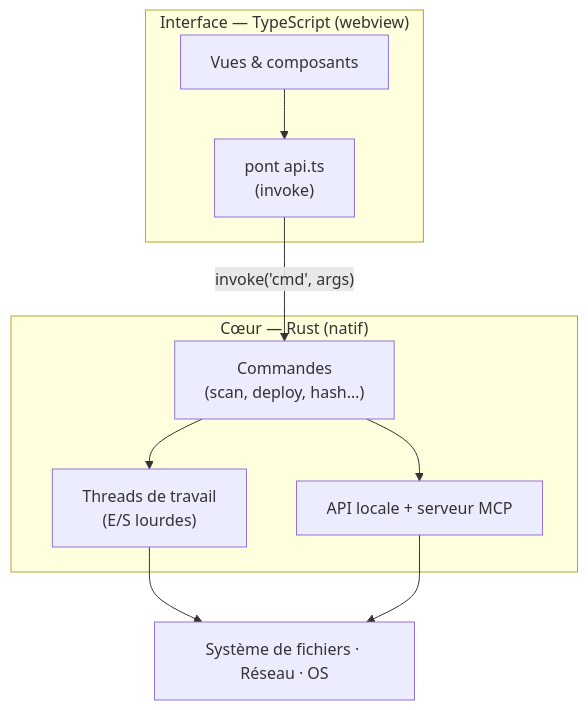
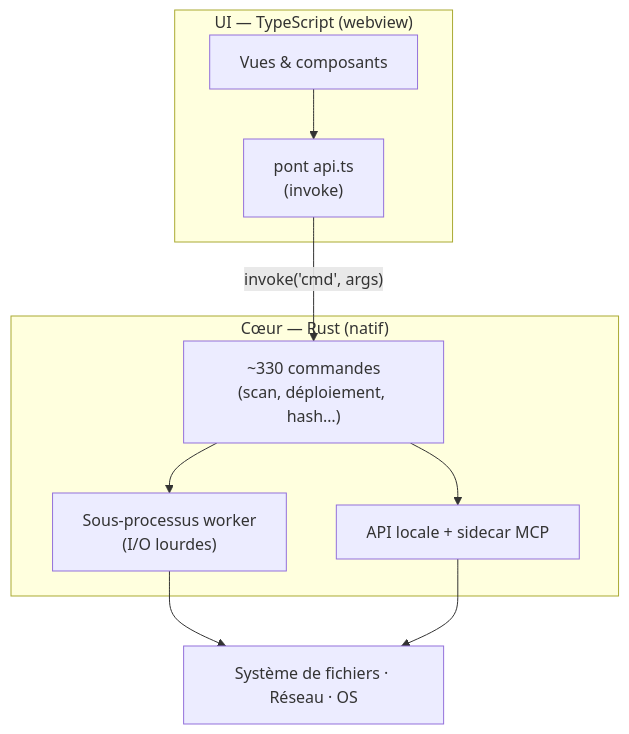
Before and after one commit to FreeProject089/BMM-Docs: the diagram in docs/how-it-works/architecture.fr.md, drawn with Mermaid. The commit also changed other lines of this file and 3 other files, not shown here.

First line of the commit message:
docs: complete the API/deeplink reference and the architecture rationale

````diff
--- a/docs/how-it-works/architecture.fr.md
+++ b/docs/how-it-works/architecture.fr.md
@@ -9,19 +14,19 @@
 ```mermaid
 flowchart TB
-    subgraph UI["Interface — TypeScript (webview)"]
+    subgraph UI["UI — TypeScript (webview)"]
         VIEWS["Vues &amp; composants"]
         BRIDGE["pont api.ts<br/>(invoke)"]
     end
     subgraph CORE["Cœur — Rust (natif)"]
-        CMDS["Commandes<br/>(scan, deploy, hash…)"]
-        WORK["Threads de travail<br/>(E/S lourdes)"]
-        HTTP["API locale + serveur MCP"]
+        CMDS["~330 commandes<br/>(scan, déploiement, hash…)"]
+        WORK["Sous-processus worker<br/>(I/O lourdes)"]
+        HTTP["API locale + sidecar MCP"]
     end
     OS["Système de fichiers · Réseau · OS"]
 
     VIEWS --> BRIDGE
     BRIDGE -- "invoke('cmd', args)" --> CMDS
     CMDS --> WORK --> OS
     CMDS --> HTTP
     HTTP --> OS
 ```
````
